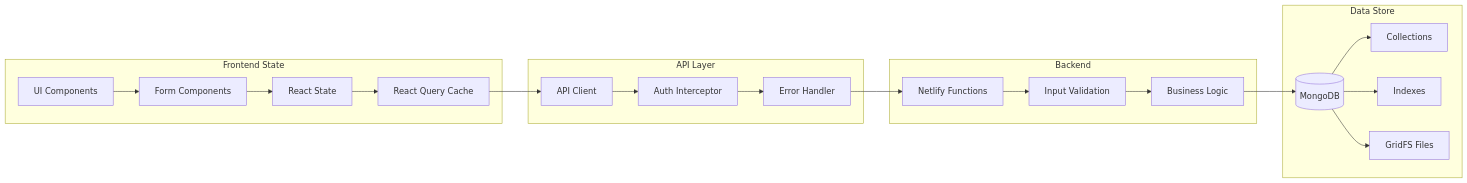
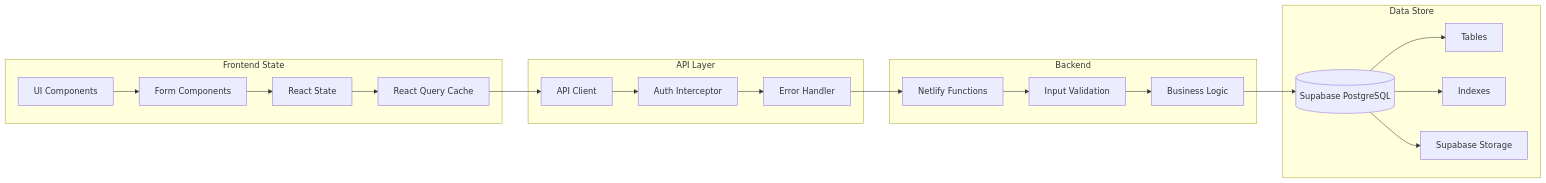
The third of 19 diagrams in docs/SYSTEM_ARCHITECTURE.md (dobeutech/digital-wharf-dynamics), drawn with Mermaid before and after one commit. The commit also changed other lines of this file and 18 other files, not shown here.

First line of the commit message:
refactor: remove MongoDB, fix Typeform lightbox, configure Auth0/Supabase

````diff
--- a/docs/SYSTEM_ARCHITECTURE.md
+++ b/docs/SYSTEM_ARCHITECTURE.md
@@ -147,42 +145,42 @@
 ```mermaid
 graph LR
     subgraph "Frontend State"
         UI[UI Components]
         Forms[Form Components]
         State[React State]
         Cache[React Query Cache]
     end
 
     subgraph "API Layer"
         API[API Client]
         Auth[Auth Interceptor]
         Error[Error Handler]
     end
 
     subgraph "Backend"
         Functions[Netlify Functions]
         Validation[Input Validation]
         Business[Business Logic]
     end
 
     subgraph "Data Store"
-        Mongo[(MongoDB)]
-        Collections[Collections]
+        Supabase[(Supabase PostgreSQL)]
+        Tables[Tables]
         Indexes[Indexes]
-        GridFS[GridFS Files]
+        Storage[Supabase Storage]
     end
 
     UI --> Forms
     Forms --> State
     State --> Cache
     Cache --> API
     API --> Auth
     Auth --> Error
     Error --> Functions
     Functions --> Validation
     Validation --> Business
-    Business --> Mongo
-    Mongo --> Collections
-    Mongo --> Indexes
-    Mongo --> GridFS
+    Business --> Supabase
+    Supabase --> Tables
+    Supabase --> Indexes
+    Supabase --> Storage
 ```
````
